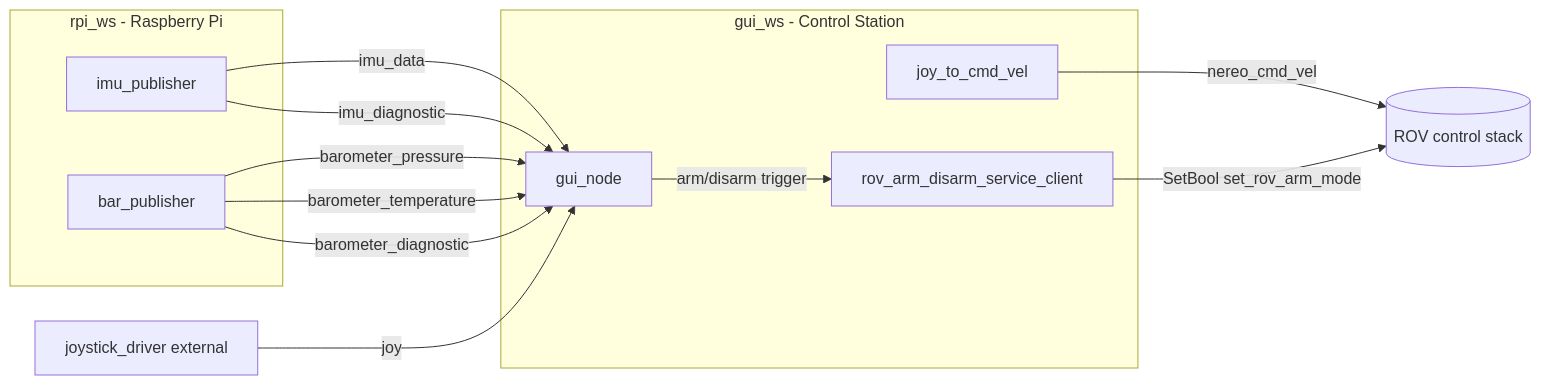
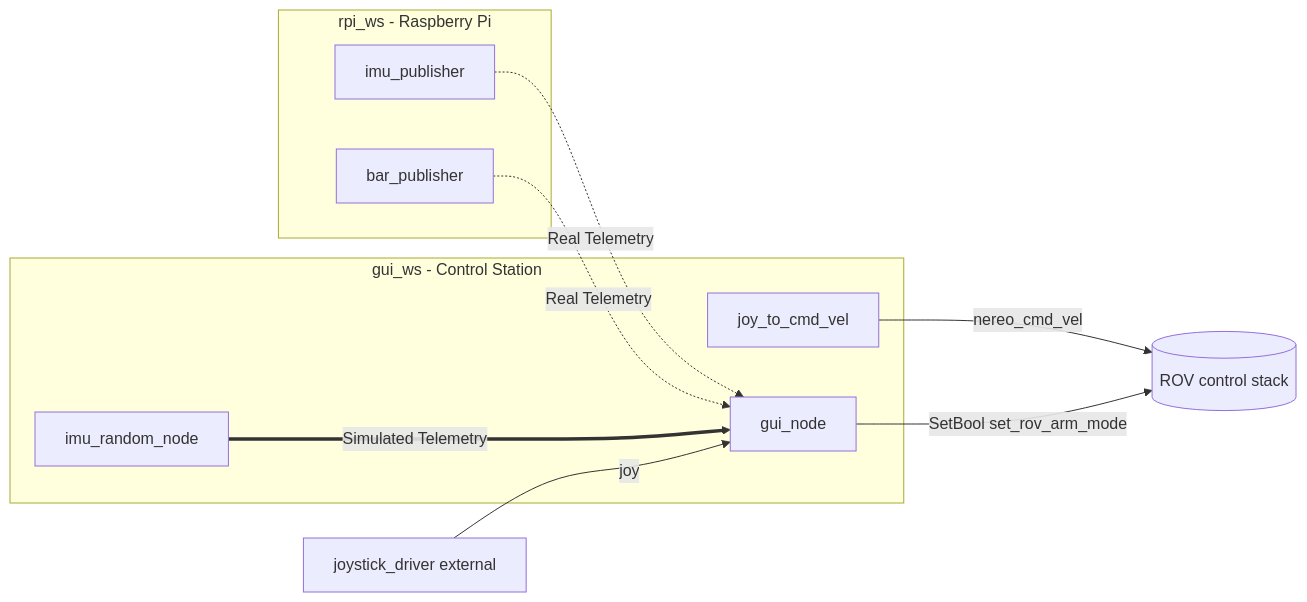
The diagram in README.md (PoliTOcean/nereo_ros2_code), drawn with Mermaid before and after one commit. The commit also changed other lines of this file and 21 other files, not shown here.

````diff
--- a/README.md
+++ b/README.md
@@ -118,27 +120,23 @@
 ```mermaid
 graph LR
    subgraph RPI[rpi_ws - Raspberry Pi]
       IMU[imu_publisher]
       BAR[bar_publisher]
    end
 
    subgraph CTRL[gui_ws - Control Station]
       GUI[gui_node]
       JOY[joy_to_cmd_vel]
-      ARM[rov_arm_disarm_service_client]
+      SIM[imu_random_node]
    end
 
    JDRV[joystick_driver external]
 
-   IMU -->|imu_data| GUI
-   IMU -->|imu_diagnostic| GUI
-   BAR -->|barometer_pressure| GUI
-   BAR -->|barometer_temperature| GUI
-   BAR -->|barometer_diagnostic| GUI
-
+   IMU -.->|Real Telemetry| GUI
+   BAR -.->|Real Telemetry| GUI
+   SIM ===>|Simulated Telemetry| GUI
+   
+   JDRV -->|joy| GUI
    JOY -->|nereo_cmd_vel| ROV[(ROV control stack)]
-   JDRV -->|joy| GUI
-
-   GUI -->|arm/disarm trigger| ARM
-   ARM -->|SetBool set_rov_arm_mode| ROV
+   GUI -->|SetBool set_rov_arm_mode| ROV
 ```
````
